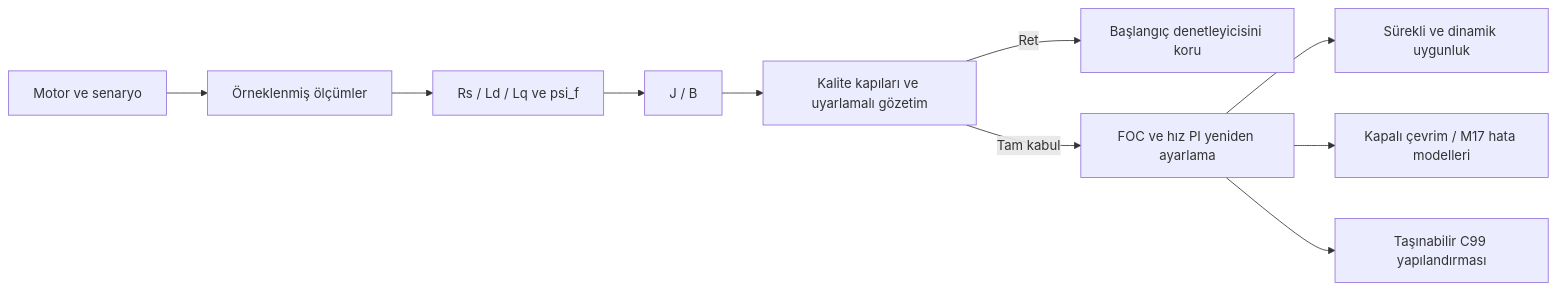
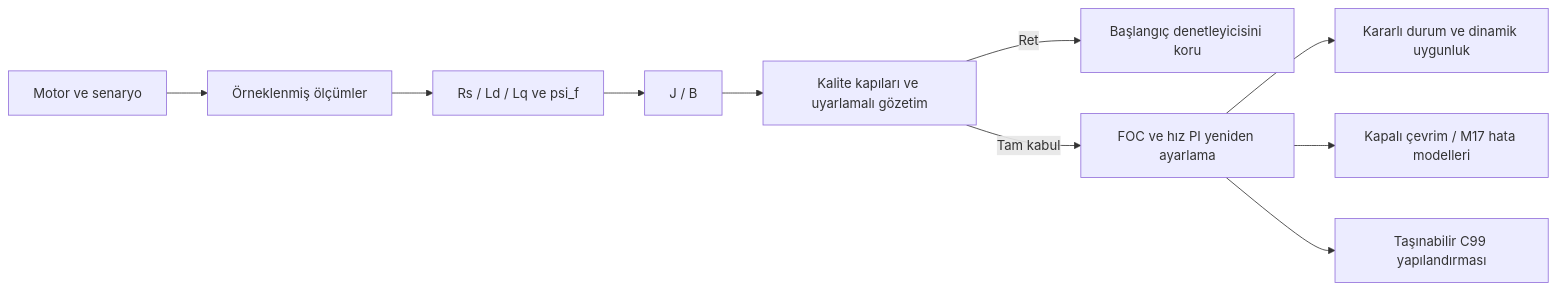
Before and after one commit to terogra/self-commissioning-pmsm-drive: the diagram in README.md, drawn with Mermaid. The commit also changed other lines of this file and 9 other files, not shown here.

````diff
--- a/README.md
+++ b/README.md
@@ -69,12 +66,12 @@
 ```mermaid
 flowchart LR
     S[Motor ve senaryo] --> M[Örneklenmiş ölçümler]
     M --> E[Rs / Ld / Lq ve psi_f]
     E --> J[J / B]
     J --> Q[Kalite kapıları ve uyarlamalı gözetim]
     Q -->|Ret| R[Başlangıç denetleyicisini koru]
     Q -->|Tam kabul| C[FOC ve hız PI yeniden ayarlama]
-    C --> F[Sürekli ve dinamik uygunluk]
+    C --> F[Kararlı durum ve dinamik uygunluk]
     C --> V[Kapalı çevrim / M17 hata modelleri]
     C --> H[Taşınabilir C99 yapılandırması]
 ```
````
